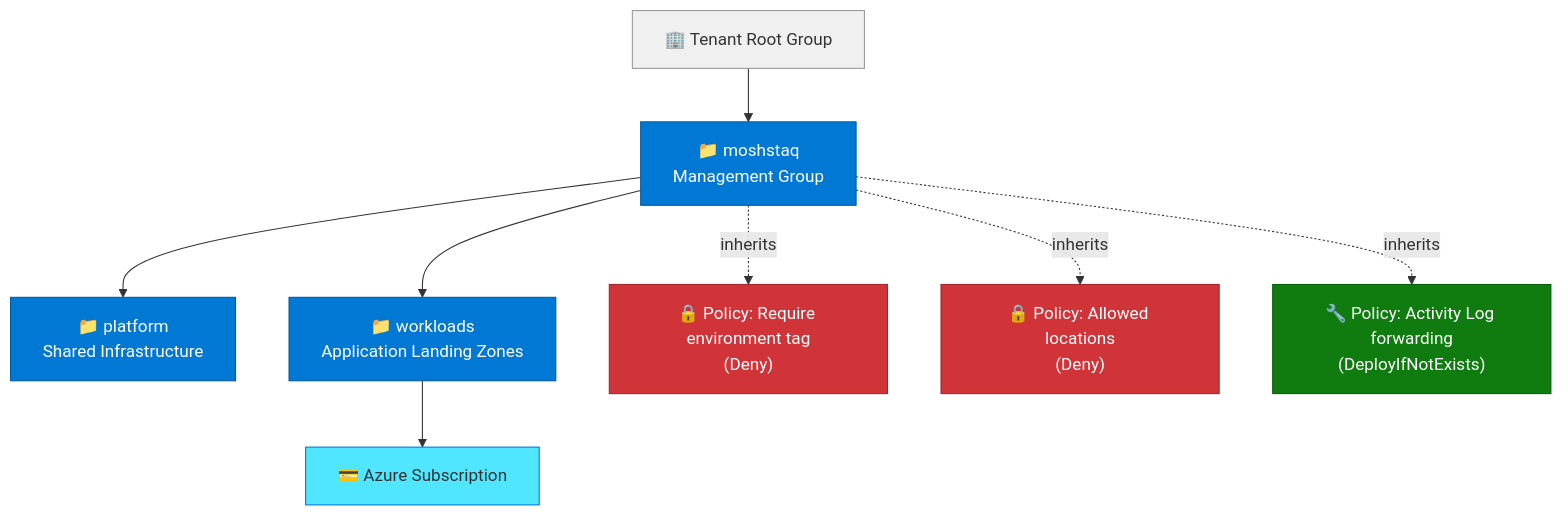
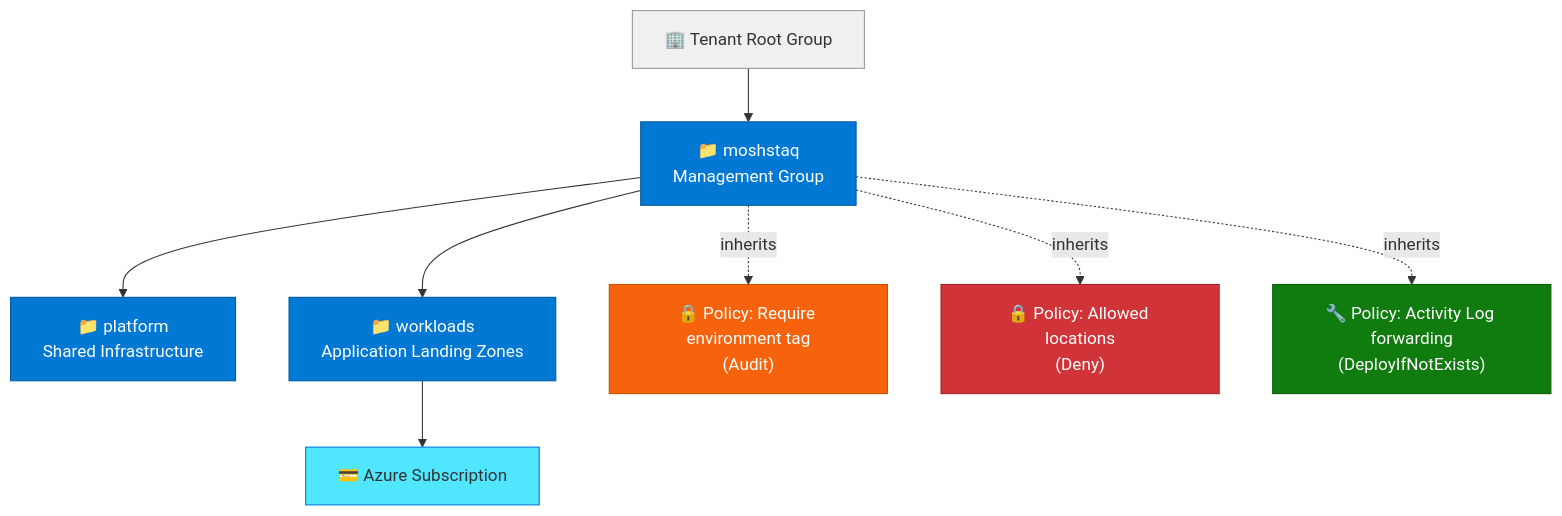
Before and after one commit to moshstaq/azure-landing-zone: the first of 6 diagrams in docs/architecture.md, drawn with Mermaid. The commit also changed other lines of this file, not shown here.

Commit message:
docs: Update the repo architecture

````diff
--- a/docs/architecture.md
+++ b/docs/architecture.md
@@ -11,30 +11,30 @@
 ```mermaid
 graph TD
     TRG["🏢 Tenant Root Group"]
     MG["📁 moshstaq\nManagement Group"]
     PLAT["📁 platform\nShared Infrastructure"]
     WORK["📁 workloads\nApplication Landing Zones"]
     SUB["💳 Azure Subscription"]
 
     TRG --> MG
     MG --> PLAT
     MG --> WORK
     WORK --> SUB
 
-    POL1["🔒 Policy: Require environment tag\n(Deny)"]
+    POL1["🔒 Policy: Require environment tag\n(Audit)"]
     POL2["🔒 Policy: Allowed locations\n(Deny)"]
     POL3["🔧 Policy: Activity Log forwarding\n(DeployIfNotExists)"]
 
     MG -.->|inherits| POL1
     MG -.->|inherits| POL2
     MG -.->|inherits| POL3
 
     style TRG fill:#f0f0f0,stroke:#999
     style MG fill:#0078D4,color:#fff,stroke:#005a9e
     style PLAT fill:#0078D4,color:#fff,stroke:#005a9e
     style WORK fill:#0078D4,color:#fff,stroke:#005a9e
     style SUB fill:#50e6ff,stroke:#0078D4
-    style POL1 fill:#d13438,color:#fff,stroke:#a4262c
+    style POL1 fill:#f7630c,color:#fff,stroke:#c45000
     style POL2 fill:#d13438,color:#fff,stroke:#a4262c
     style POL3 fill:#107c10,color:#fff,stroke:#0a5c0a
 ```
````
